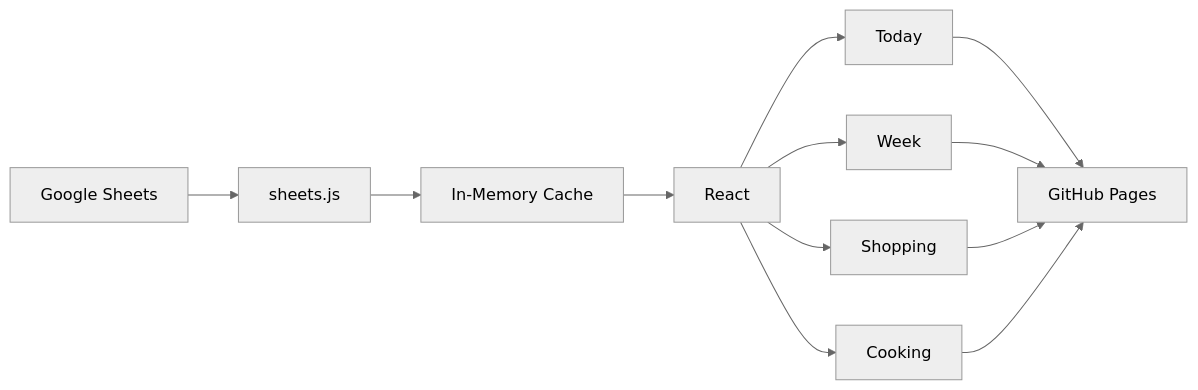
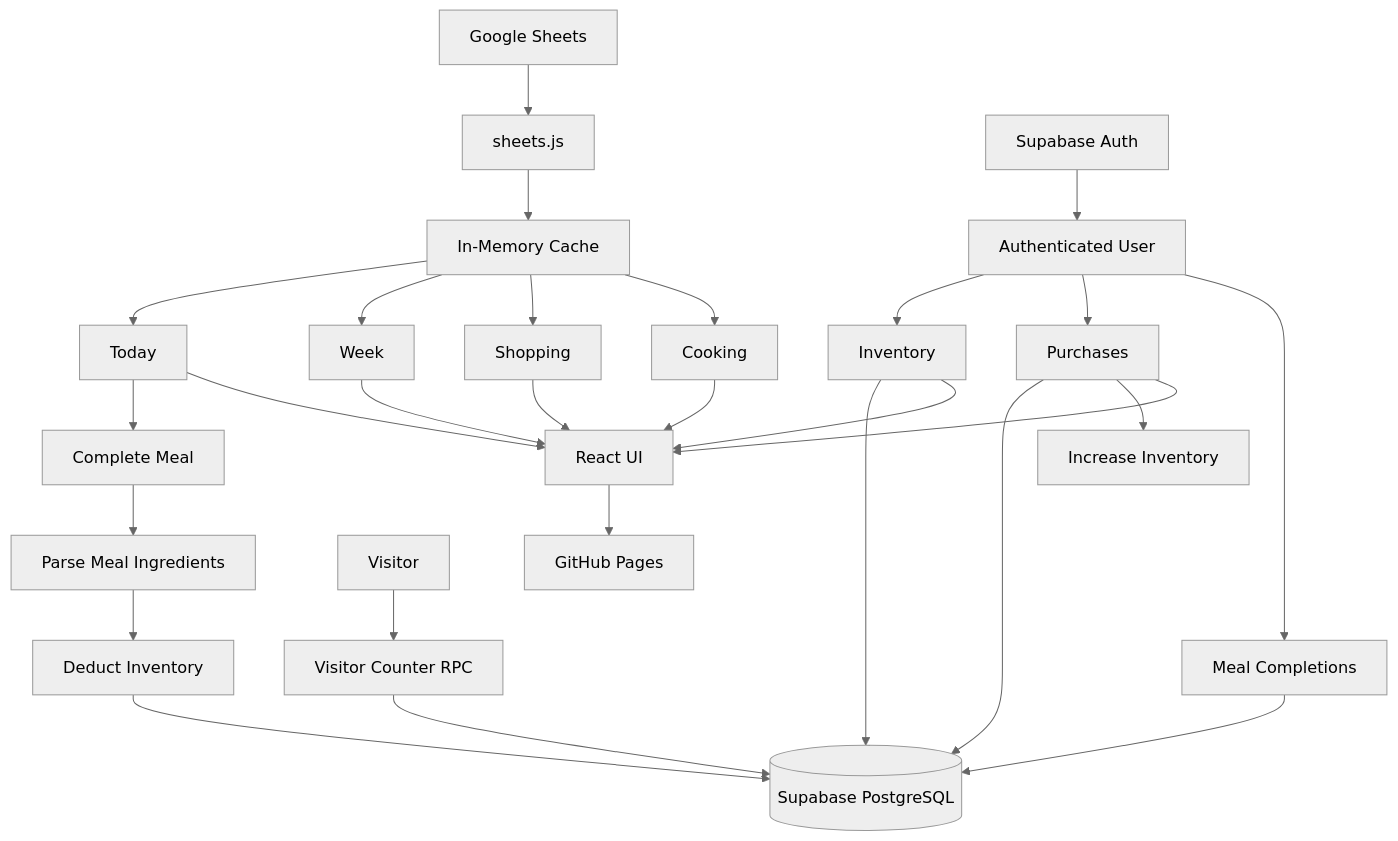
Before and after one commit to anjiladhikari/food: the first of 3 diagrams in README.md, drawn with Mermaid (neutral theme). The commit also changed other lines of this file, not shown here.

````diff
--- a/README.md
+++ b/README.md
@@ -46,14 +54,39 @@
 ```mermaid
-flowchart LR
+flowchart TD
     A[Google Sheets] --> B[sheets.js]
     B --> C[In-Memory Cache]
-    C --> D[React]
-    D --> E[Today]
-    D --> F[Week]
-    D --> G[Shopping]
-    D --> H[Cooking]
-    E --> I[GitHub Pages]
-    F --> I
-    G --> I
-    H --> I
+
+    C --> D[Today]
+    C --> E[Week]
+    C --> F[Shopping]
+    C --> G[Cooking]
+
+    H[Supabase Auth] --> I[Authenticated User]
+
+    I --> J[Inventory]
+    I --> K[Purchases]
+    I --> L[Meal Completions]
+
+    J --> M[(Supabase PostgreSQL)]
+    K --> M
+    L --> M
+
+    K --> N[Increase Inventory]
+
+    D --> O[Complete Meal]
+    O --> P[Parse Meal Ingredients]
+    P --> Q[Deduct Inventory]
+    Q --> M
+
+    R[Visitor] --> S[Visitor Counter RPC]
+    S --> M
+
+    D --> T[React UI]
+    E --> T
+    F --> T
+    G --> T
+    J --> T
+    K --> T
+
+    T --> U[GitHub Pages]
 ```
````
